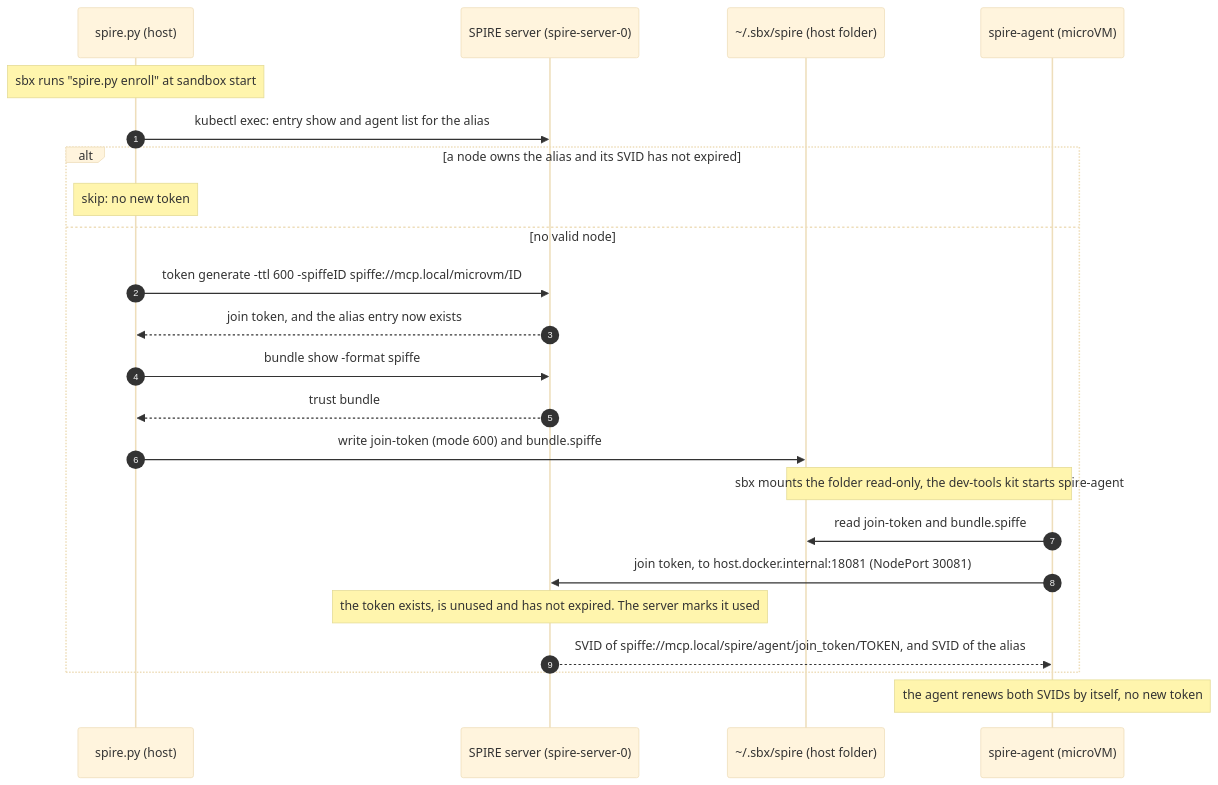
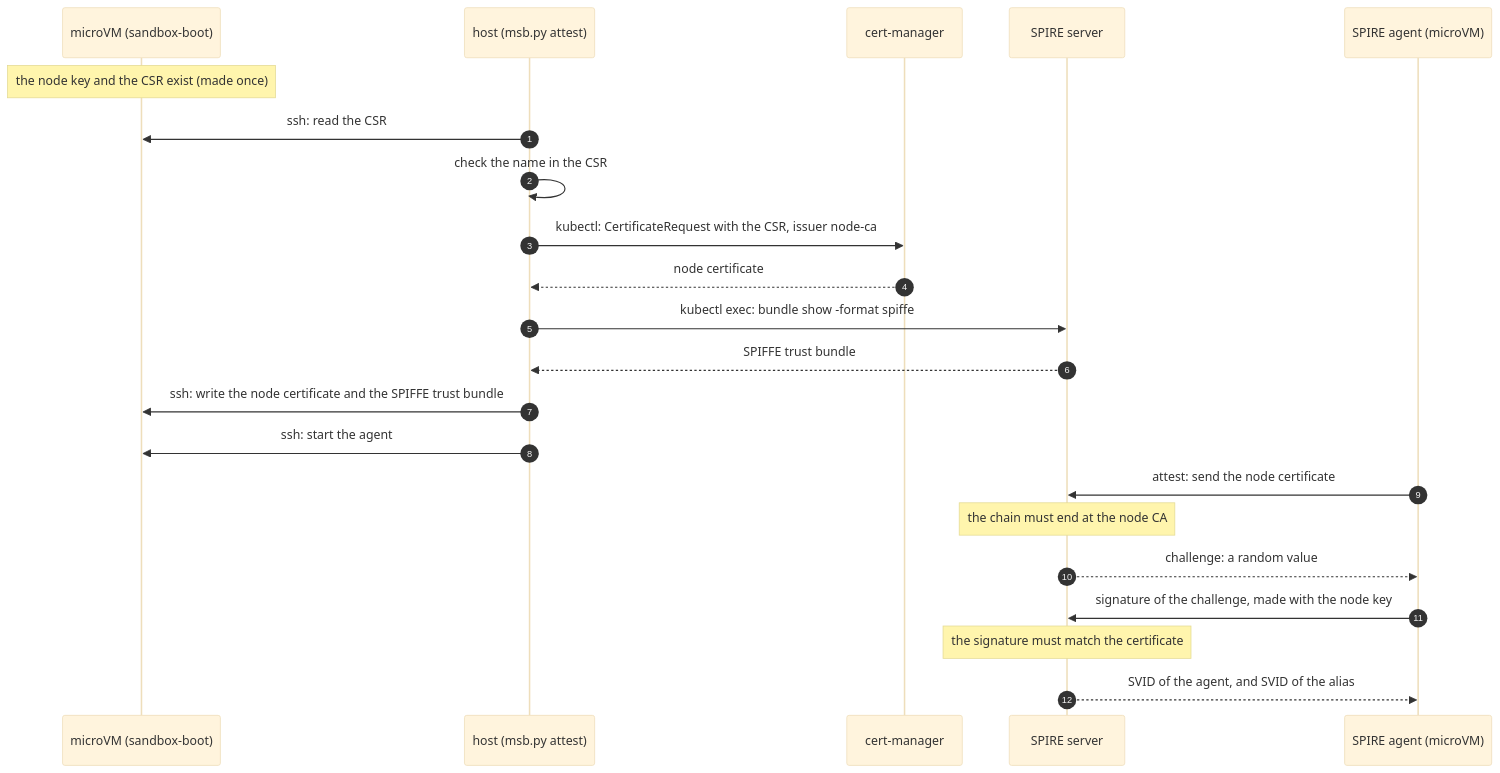
Before and after one commit to raghav19/engineersdaybook: the second of 3 diagrams in code/mcp-sandbox/part-3-mcp-guardrails/docs/zero-trust-node-attestation.md, drawn with Mermaid (base theme). The commit also changed other lines of this file and 8 other files, not shown here.

````diff
--- a/code/mcp-sandbox/part-3-mcp-guardrails/docs/zero-trust-node-attestation.md
+++ b/code/mcp-sandbox/part-3-mcp-guardrails/docs/zero-trust-node-attestation.md
@@ -29,26 +78,25 @@
 ```mermaid
 sequenceDiagram
     autonumber
-    participant H as spire.py (host)
-    participant S as SPIRE server (spire-server-0)
-    participant F as ~/.sbx/spire (host folder)
-    participant A as spire-agent (microVM)
+    participant M as microVM (sandbox-boot)
+    participant H as host (msb.py attest)
+    participant K as cert-manager
+    participant S as SPIRE server
+    participant A as SPIRE agent (microVM)
 
-    Note over H: sbx runs "spire.py enroll" at sandbox start
-    H->>S: kubectl exec: entry show and agent list for the alias
-    alt a node owns the alias and its SVID has not expired
-        Note over H: skip: no new token
-    else no valid node
-        H->>S: token generate -ttl 600 -spiffeID spiffe://mcp.local/microvm/ID
-        S-->>H: join token, and the alias entry now exists
-        H->>S: bundle show -format spiffe
-        S-->>H: trust bundle
-        H->>F: write join-token (mode 600) and bundle.spiffe
-        Note over F,A: sbx mounts the folder read-only, the dev-tools kit starts spire-agent
-        A->>F: read join-token and bundle.spiffe
-        A->>S: join token, to host.docker.internal:18081 (NodePort 30081)
-        Note over S: the token exists, is unused and has not expired. The server marks it used
-        S-->>A: SVID of spiffe://mcp.local/spire/agent/join_token/TOKEN, and SVID of the alias
-    end
-    Note over A: the agent renews both SVIDs by itself, no new token
+    Note over M: the node key and the CSR exist (made once)
+    H->>M: ssh: read the CSR
+    H->>H: check the name in the CSR
+    H->>K: kubectl: CertificateRequest with the CSR, issuer node-ca
+    K-->>H: node certificate
+    H->>S: kubectl exec: bundle show -format spiffe
+    S-->>H: SPIFFE trust bundle
+    H->>M: ssh: write the node certificate and the SPIFFE trust bundle
+    H->>M: ssh: start the agent
+    A->>S: attest: send the node certificate
+    Note over S: the chain must end at the node CA
+    S-->>A: challenge: a random value
+    A->>S: signature of the challenge, made with the node key
+    Note over S: the signature must match the certificate
+    S-->>A: SVID of the agent, and SVID of the alias
 ```
````
